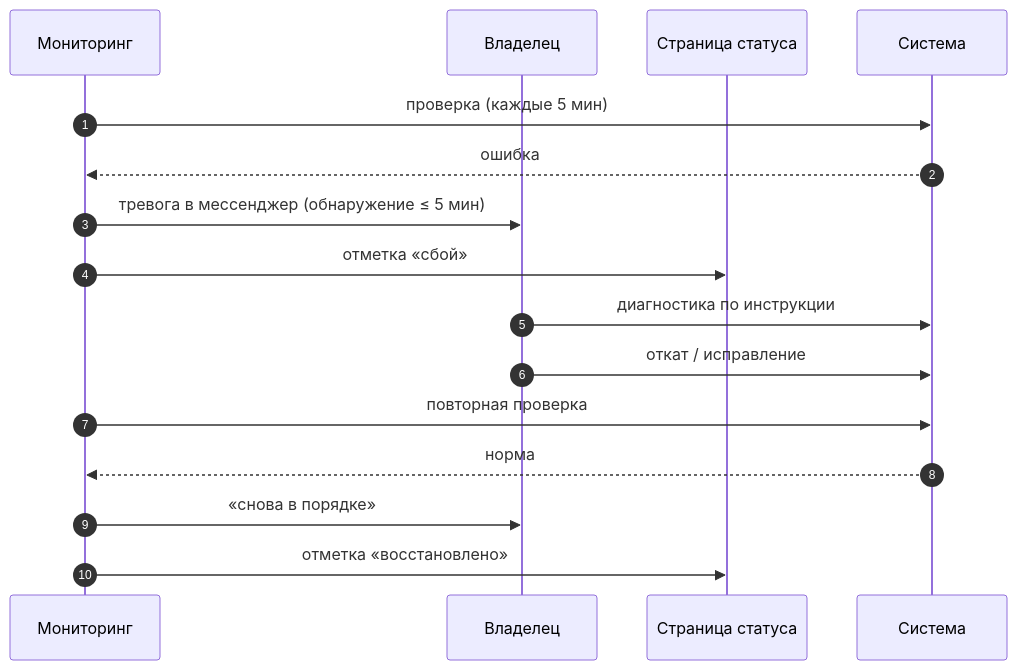
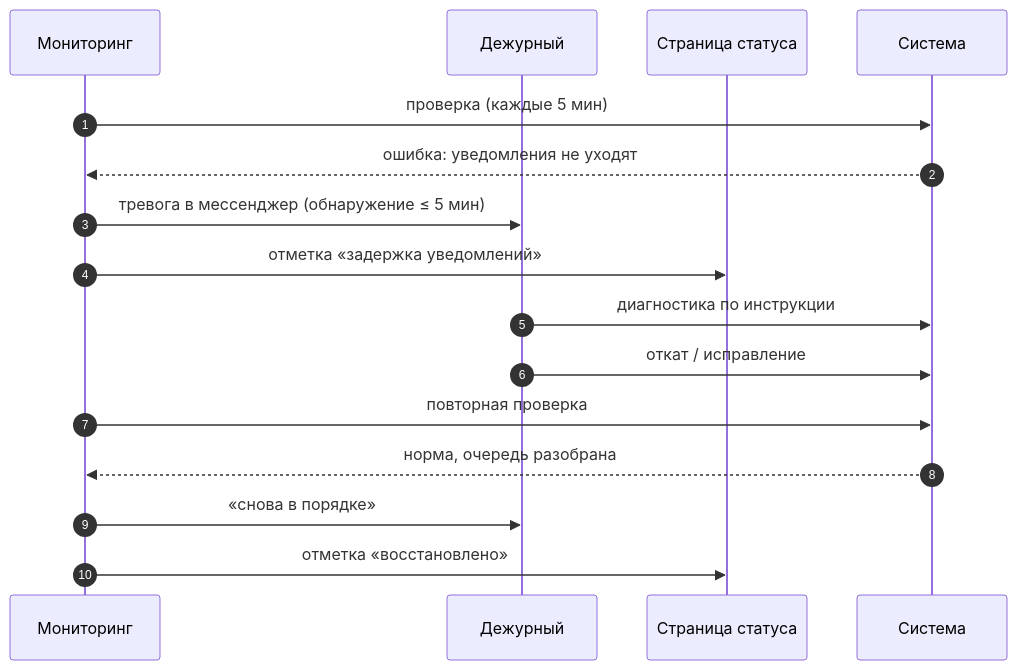
Before and after one commit to Dv2Corn/kursovaya: the ninth of 9 diagrams in docs/03-proekt-to-be.md, drawn with Mermaid. The commit also changed other lines of this file and 4 other files, not shown here.

Commit message:
Курсовая под кейс «Квартирант плюс»: README, введение со сменой бизнес-модели, анализ «как есть», целевые процессы и архитектура со схемами

````diff
--- a/docs/03-proekt-to-be.md
+++ b/docs/03-proekt-to-be.md
@@ -198,18 +352,18 @@
 ```mermaid
 sequenceDiagram
     autonumber
     participant Mon as Мониторинг
-    participant Owner as Владелец
+    participant Duty as Дежурный
     participant Status as Страница статуса
     participant Sys as Система
     Mon->>Sys: проверка (каждые 5 мин)
-    Sys-->>Mon: ошибка
-    Mon->>Owner: тревога в мессенджер (обнаружение ≤ 5 мин)
-    Mon->>Status: отметка «сбой»
-    Owner->>Sys: диагностика по инструкции
-    Owner->>Sys: откат / исправление
+    Sys-->>Mon: ошибка: уведомления не уходят
+    Mon->>Duty: тревога в мессенджер (обнаружение ≤ 5 мин)
+    Mon->>Status: отметка «задержка уведомлений»
+    Duty->>Sys: диагностика по инструкции
+    Duty->>Sys: откат / исправление
     Mon->>Sys: повторная проверка
-    Sys-->>Mon: норма
-    Mon->>Owner: «снова в порядке»
+    Sys-->>Mon: норма, очередь разобрана
+    Mon->>Duty: «снова в порядке»
     Mon->>Status: отметка «восстановлено»
 ```
````
